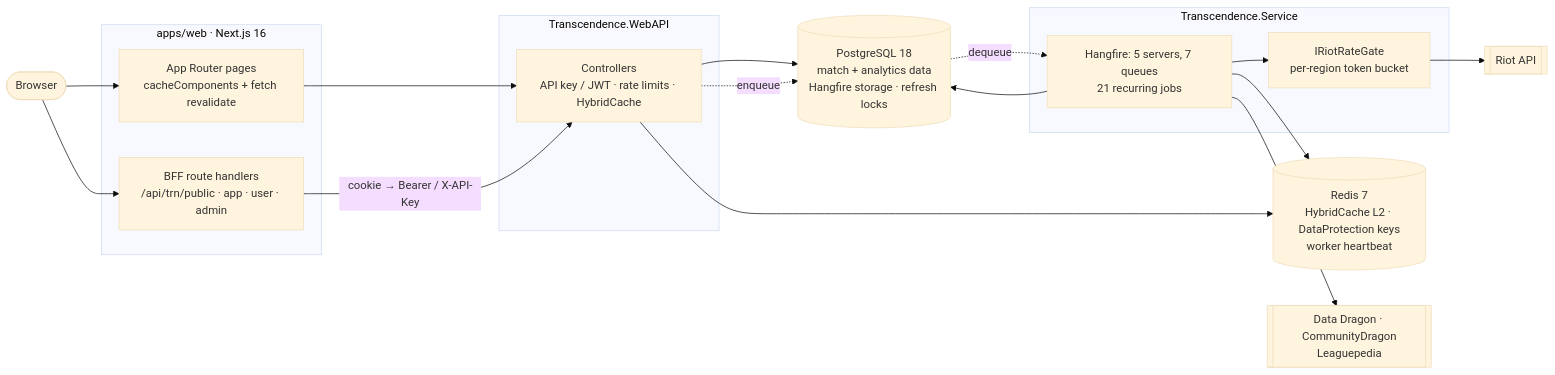
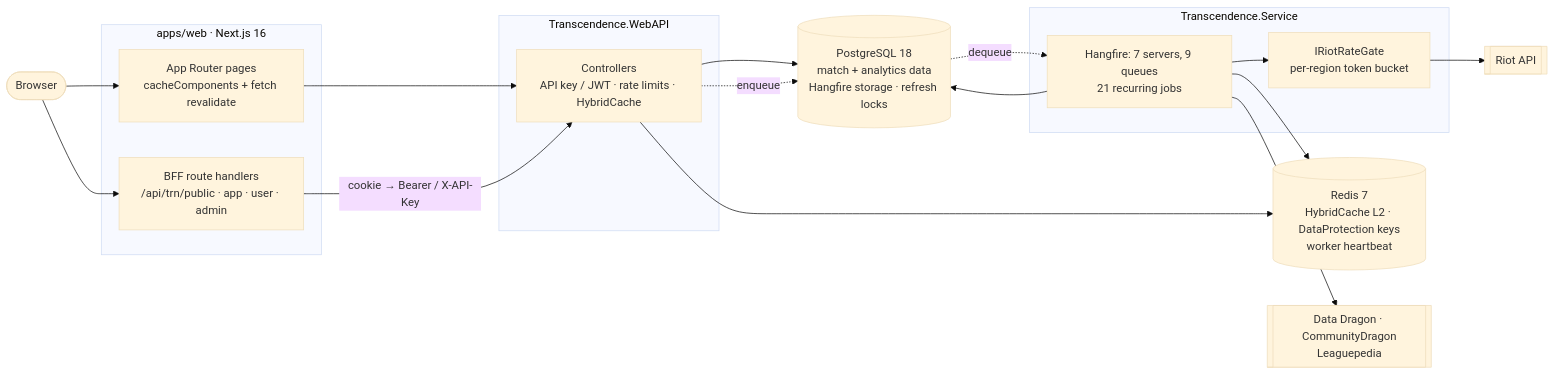
The first of 2 diagrams in README.md (luisgon-dev/Transcendence), drawn with Mermaid (base theme) before and after one commit. The commit also changed other lines of this file and 18 other files, not shown here.

````diff
--- a/README.md
+++ b/README.md
@@ -55,36 +55,36 @@
 ```mermaid
 flowchart LR
   Browser([Browser])
 
   subgraph web["apps/web · Next.js 16"]
     Pages["App Router pages<br/>cacheComponents + fetch revalidate"]
     BFF["BFF route handlers<br/>/api/trn/public · app · user · admin"]
   end
 
   subgraph api["Transcendence.WebAPI"]
     Ctl["Controllers<br/>API key / JWT · rate limits · HybridCache"]
   end
 
   subgraph worker["Transcendence.Service"]
-    HF["Hangfire: 5 servers, 7 queues<br/>21 recurring jobs"]
+    HF["Hangfire: 7 servers, 9 queues<br/>21 recurring jobs"]
     Gate["IRiotRateGate<br/>per-region token bucket"]
   end
 
   PG[("PostgreSQL 18<br/>match + analytics data<br/>Hangfire storage · refresh locks")]
   Redis[("Redis 7<br/>HybridCache L2 · DataProtection keys<br/>worker heartbeat")]
   Riot[["Riot API"]]
   Ext[["Data Dragon · CommunityDragon<br/>Leaguepedia"]]
 
   Browser --> Pages
   Browser --> BFF
   Pages --> Ctl
   BFF -->|"cookie → Bearer / X-API-Key"| Ctl
   Ctl --> PG
   Ctl --> Redis
   Ctl -.->|enqueue| PG
   PG -.->|dequeue| HF
   HF --> Gate --> Riot
   HF --> Ext
   HF --> PG
   HF --> Redis
 ```
````
